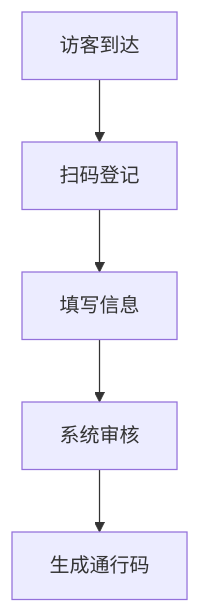
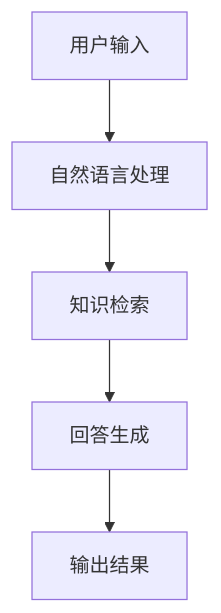
One commit to yuhaibao39/n8ndeploy changed the diagram in devel/requirement.md. Above: the diagram before and after it, drawn with Mermaid. The commit also changed other lines of this file, not shown here.

````diff
--- a/devel/requirement.md
+++ b/devel/requirement.md
@@ -20,7 +18,7 @@
 ```mermaid
 graph TD
-A[访客到达] --> B[扫码登记]
-B --> C[填写信息]
-C --> D[系统审核]
-D --> E[生成通行码]
+    A[用户输入] --> B[自然语言处理]
+    B --> C[知识检索]
+    C --> D[回答生成]
+    D --> E[输出结果]
 ```
````
